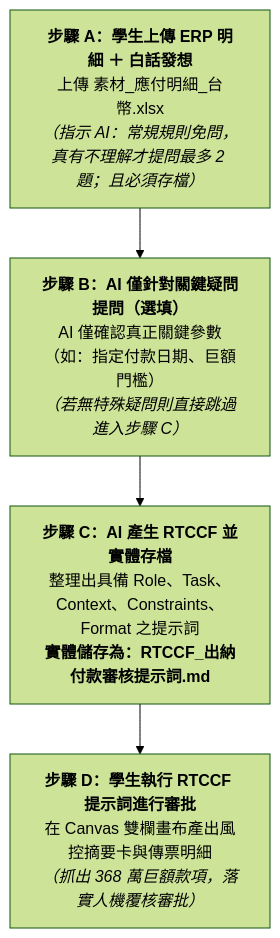
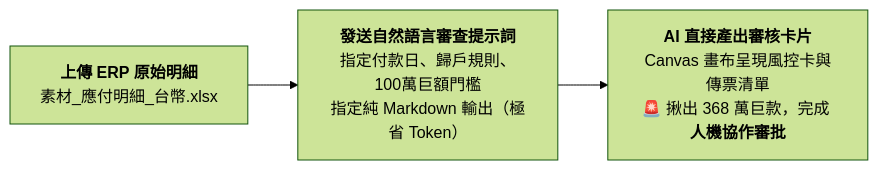
The diagram in 常見的AI應用/實戰範例/出納付款審核與銀行放行總表自動化/7-2_AI產出之RTCCF審查與結構化提示詞.md (roberthsu2003/workflow-productivity), drawn with Mermaid (forest theme) before and after one commit. The commit also changed other lines of this file and 1 other file, not shown here.

````diff
--- a/常見的AI應用/實戰範例/出納付款審核與銀行放行總表自動化/7-2_AI產出之RTCCF審查與結構化提示詞.md
+++ b/常見的AI應用/實戰範例/出納付款審核與銀行放行總表自動化/7-2_AI產出之RTCCF審查與結構化提示詞.md
@@ -10,6 +10,5 @@
 ```mermaid
-flowchart TD
-    StepA["<b>步驟 A：學生上傳 ERP 明細 ＋ 白話發想</b><br/>上傳 素材_應付明細_台幣.xlsx<br/><i>（指示 AI：常規規則免問，真有不理解才提問最多 2 題；且必須存檔）</i>"] --> StepB["<b>步驟 B：AI 僅針對關鍵疑問提問（選填）</b><br/>AI 僅確認真正關鍵參數（如：指定付款日期、巨額門檻）<br/><i>（若無特殊疑問則直接跳過進入步驟 C）</i>"]
-    StepB --> StepC["<b>步驟 C：AI 產生 RTCCF 並實體存檔</b><br/>整理出具備 Role、Task、Context、Constraints、Format 之提示詞<br/><b>實體儲存為：RTCCF_出納付款審核提示詞.md</b>"]
-    StepC --> StepD["<b>步驟 D：學生執行 RTCCF 提示詞進行審批</b><br/>在 Canvas 雙欄畫布產出風控摘要卡與傳票明細<br/><i>（抓出 368 萬巨額款項，落實人機覆核審批）</i>"]
+flowchart LR
+    StepA["<b>上傳 ERP 原始明細</b><br/>素材_應付明細_台幣.xlsx"] --> StepB["<b>發送自然語言審查提示詞</b><br/>指定付款日、歸戶規則、100萬巨額門檻<br/>指定純 Markdown 輸出（極省 Token）"]
+    StepB --> StepC["<b>AI 直接產出審核卡片</b><br/>Canvas 畫布呈現風控卡與傳票清單<br/>🚨 揪出 368 萬巨款，完成 <b>人機協作審批</b>"]
 ```
````
